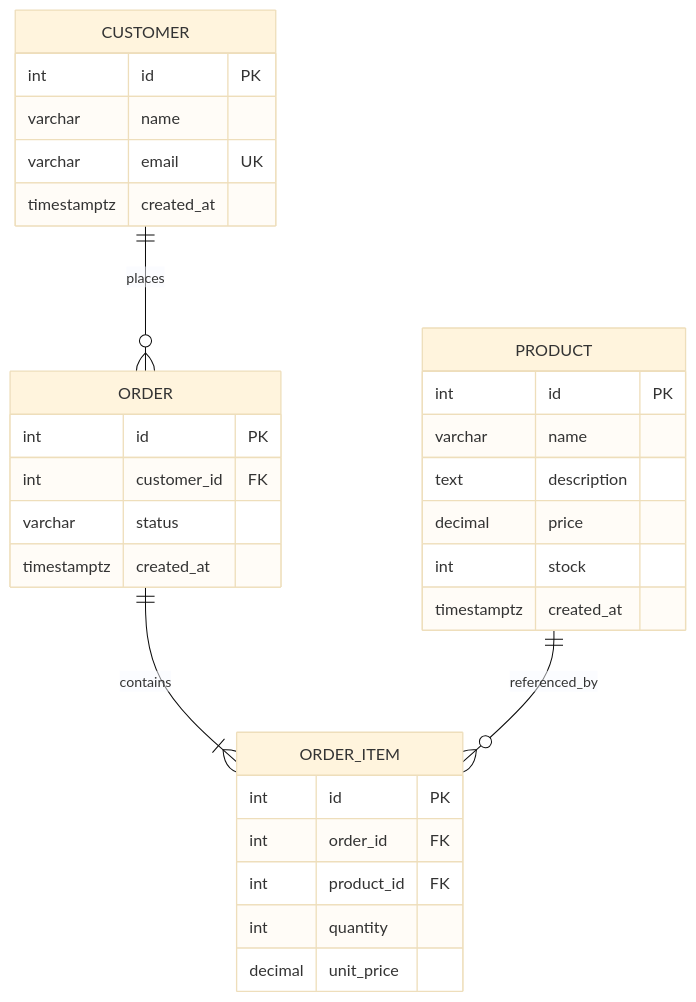
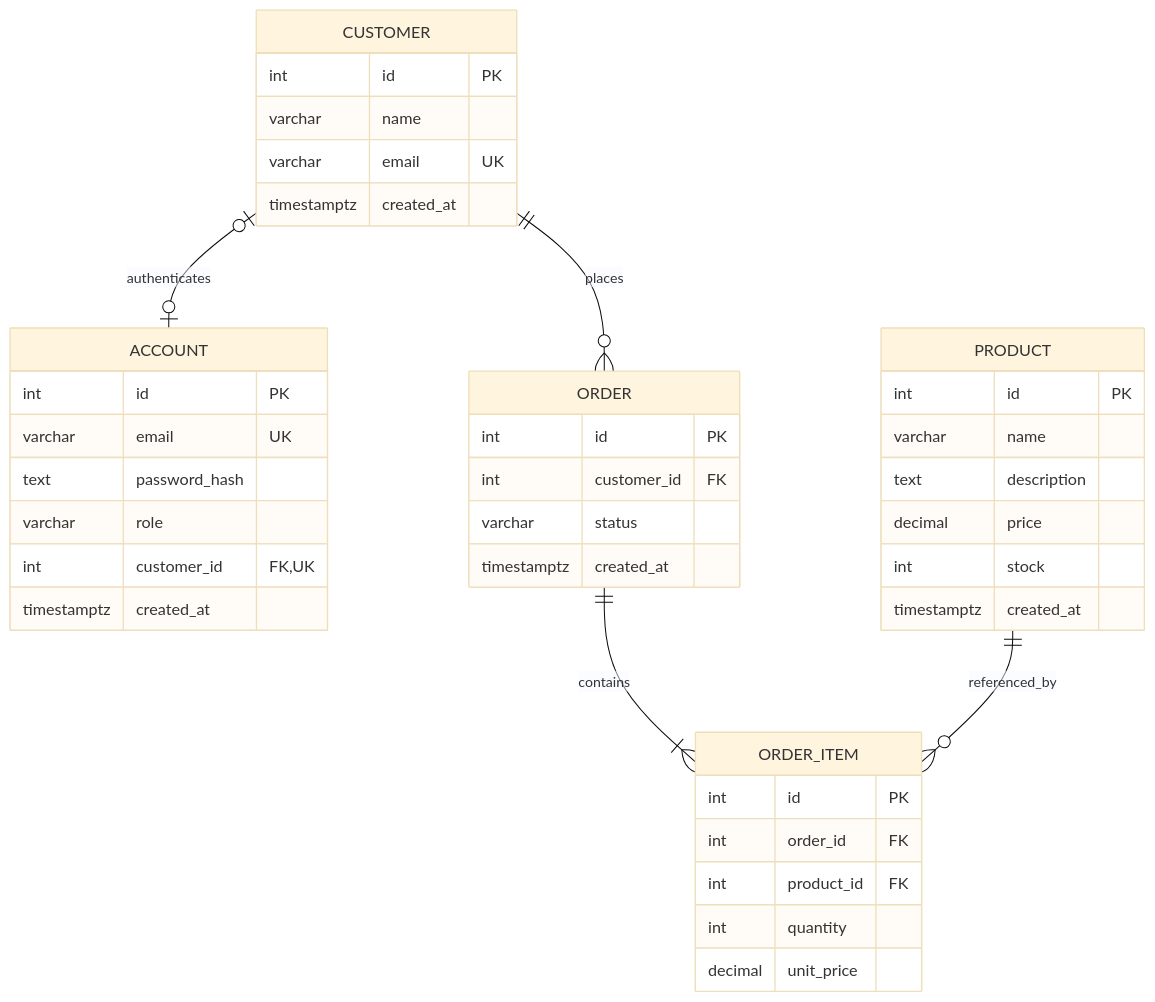
The diagram in api-design.md (szymon-malinowski/backend-module-projekt), drawn with Mermaid (base theme) before and after one commit. The commit also changed other lines of this file and 16 other files, not shown here.

````diff
--- a/api-design.md
+++ b/api-design.md
@@ -9,33 +9,42 @@
 ```mermaid
 erDiagram
+    CUSTOMER |o--o| ACCOUNT : authenticates
+    ACCOUNT {
+        int id PK
+        varchar email UK
+        text password_hash
+        varchar role
+        int customer_id FK,UK
+        timestamptz created_at
+    }
     CUSTOMER ||--o{ ORDER : places
     ORDER ||--|{ ORDER_ITEM : contains
     PRODUCT ||--o{ ORDER_ITEM : referenced_by
     CUSTOMER {
         int id PK
         varchar name
         varchar email UK
         timestamptz created_at
     }
     PRODUCT {
         int id PK
         varchar name
         text description
         decimal price
         int stock
         timestamptz created_at
     }
     ORDER {
         int id PK
         int customer_id FK
         varchar status
         timestamptz created_at
     }
     ORDER_ITEM {
         int id PK
         int order_id FK
         int product_id FK
         int quantity
         decimal unit_price
     }
 ```
````
